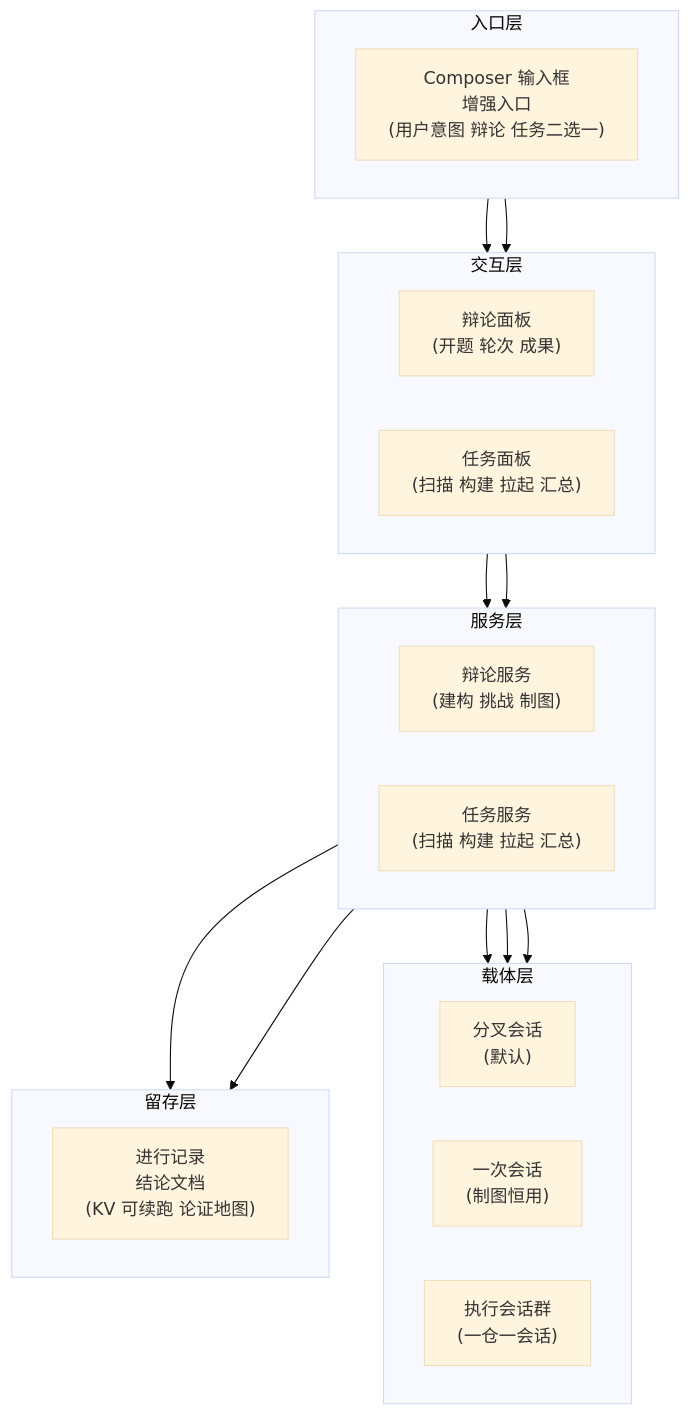
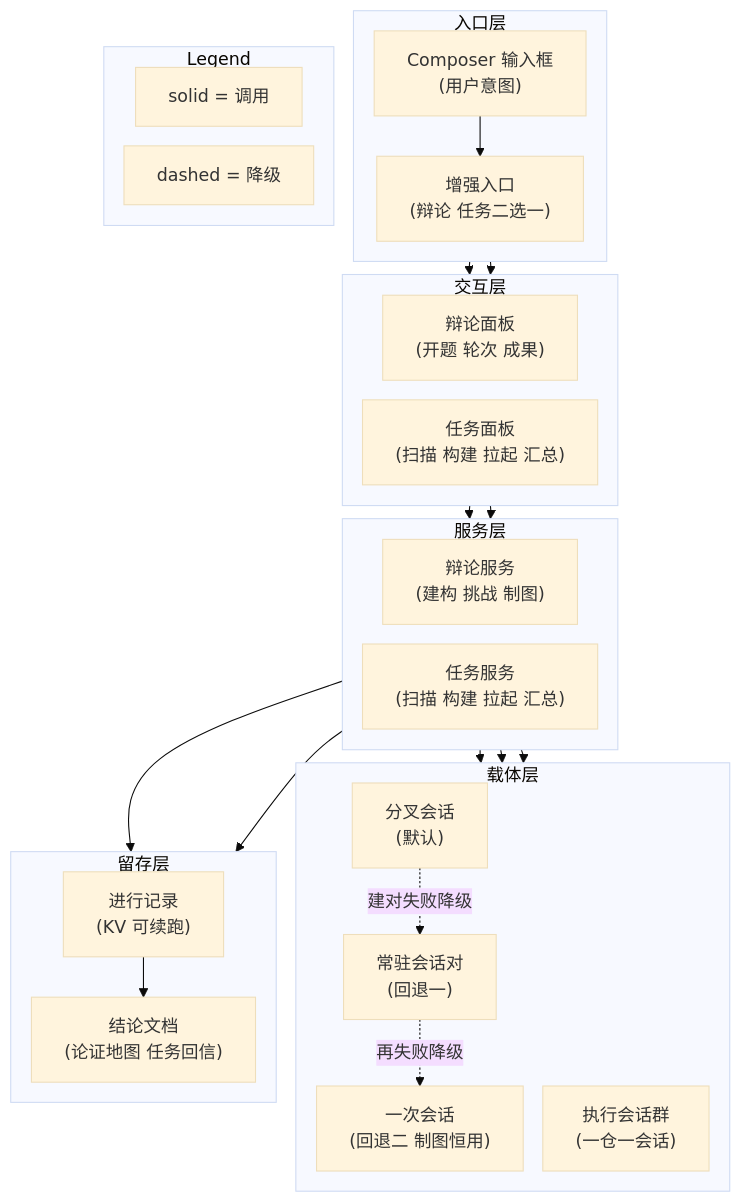
Before and after one commit to doubleelec/dsh-debate: the second of 4 diagrams in docs/architecture.md, drawn with Mermaid (base theme).

Commit message:
docs: restore edge semantics in logical decomposition diagram
- Revert node merges: composer/menu and kv/docs are upstream pairs, not side-by-side

- Align inner direction with edge flow (TB) instead of fighting global TD

- Per-chart rankSpacing 12 via init directive; global default untouched

````diff
--- a/docs/architecture.md
+++ b/docs/architecture.md
@@ -86,37 +86,51 @@
 ```mermaid
+%%{init: {"flowchart": {"rankSpacing": 12, "nodeSpacing": 18}}}%%
 flowchart TD
     subgraph Entry["入口层"]
-        direction LR
-        entry["Composer 输入框<br/>增强入口<br/>(用户意图 辩论 任务二选一)"]
+        direction TB
+        composer["Composer 输入框<br/>(用户意图)"]
+        menu["增强入口<br/>(辩论 任务二选一)"]
+        composer --> menu
     end
     subgraph Face["交互层"]
         direction LR
         debateUI["辩论面板<br/>(开题 轮次 成果)"]
         taskUI["任务面板<br/>(扫描 构建 拉起 汇总)"]
     end
     subgraph Service["服务层"]
         direction LR
         debateSvc["辩论服务<br/>(建构 挑战 制图)"]
         taskSvc["任务服务<br/>(扫描 构建 拉起 汇总)"]
     end
     subgraph Carry["载体层"]
-        direction LR
+        direction TB
         fork["分叉会话<br/>(默认)"]
-        oneshot["一次会话<br/>(制图恒用)"]
+        resident["常驻会话对<br/>(回退一)"]
+        oneshot["一次会话<br/>(回退二 制图恒用)"]
         taskGroup["执行会话群<br/>(一仓一会话)"]
     end
     subgraph Keep["留存层"]
-        direction LR
-        keep["进行记录<br/>结论文档<br/>(KV 可续跑 论证地图)"]
+        direction TB
+        kv["进行记录<br/>(KV 可续跑)"]
+        docs["结论文档<br/>(论证地图 任务回信)"]
+        kv --> docs
     end
 
-    entry --> debateUI
-    entry --> taskUI
+    menu --> debateUI
+    menu --> taskUI
     debateUI --> debateSvc
     taskUI --> taskSvc
     debateSvc --> fork
+    fork -.->|建对失败降级| resident
+    resident -.->|再失败降级| oneshot
     debateSvc --> oneshot
     taskSvc --> taskGroup
-    debateSvc --> keep
-    taskSvc --> keep
+    debateSvc --> kv
+    taskSvc --> kv
+
+    subgraph Legend["Legend"]
+        direction LR
+        L1["solid = 调用"]
+        L2["dashed = 降级"]
+    end
 ```
````
